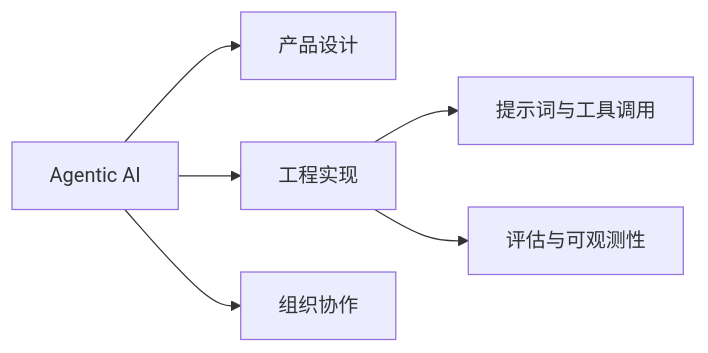
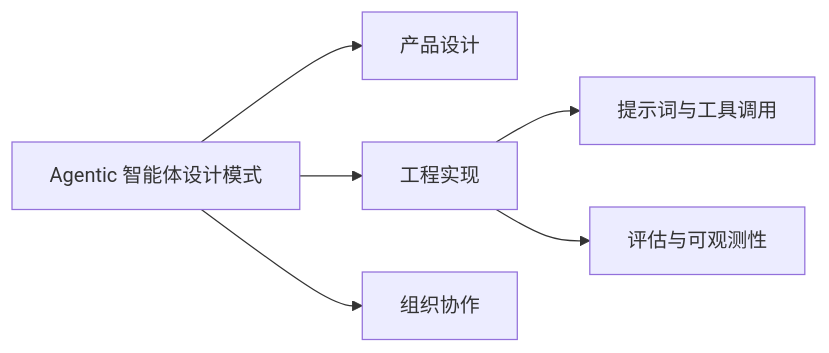
One commit to houlianpi/Agentic_learning_and_note changed the diagram in docs/reading-map.md. Above: the diagram before and after it, drawn with Mermaid. The commit also changed other lines of this file and 5 other files, not shown here.

````diff
--- a/docs/reading-map.md
+++ b/docs/reading-map.md
@@ -7,8 +7,8 @@
 ```mermaid
 flowchart LR
-  A[Agentic AI] --> B[产品设计]
+  A[Agentic 智能体设计模式] --> B[产品设计]
   A --> C[工程实现]
   A --> D[组织协作]
   C --> E[提示词与工具调用]
   C --> F[评估与可观测性]
 ```
````
